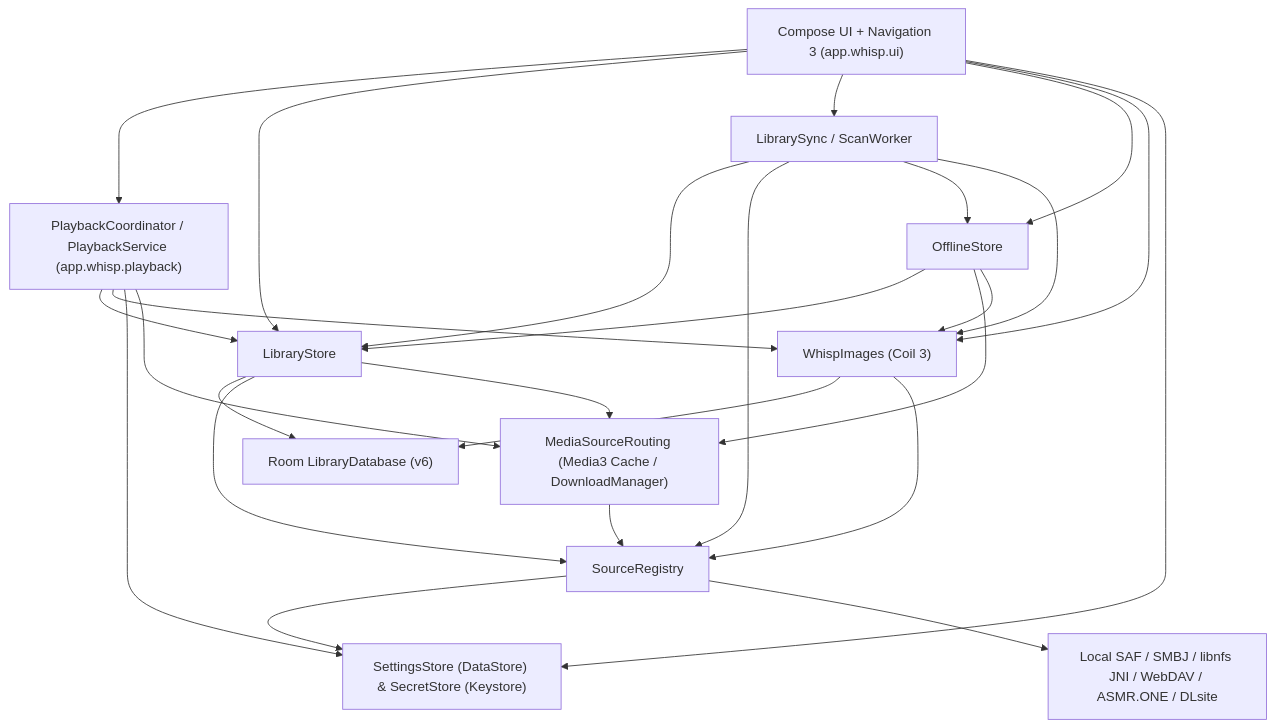
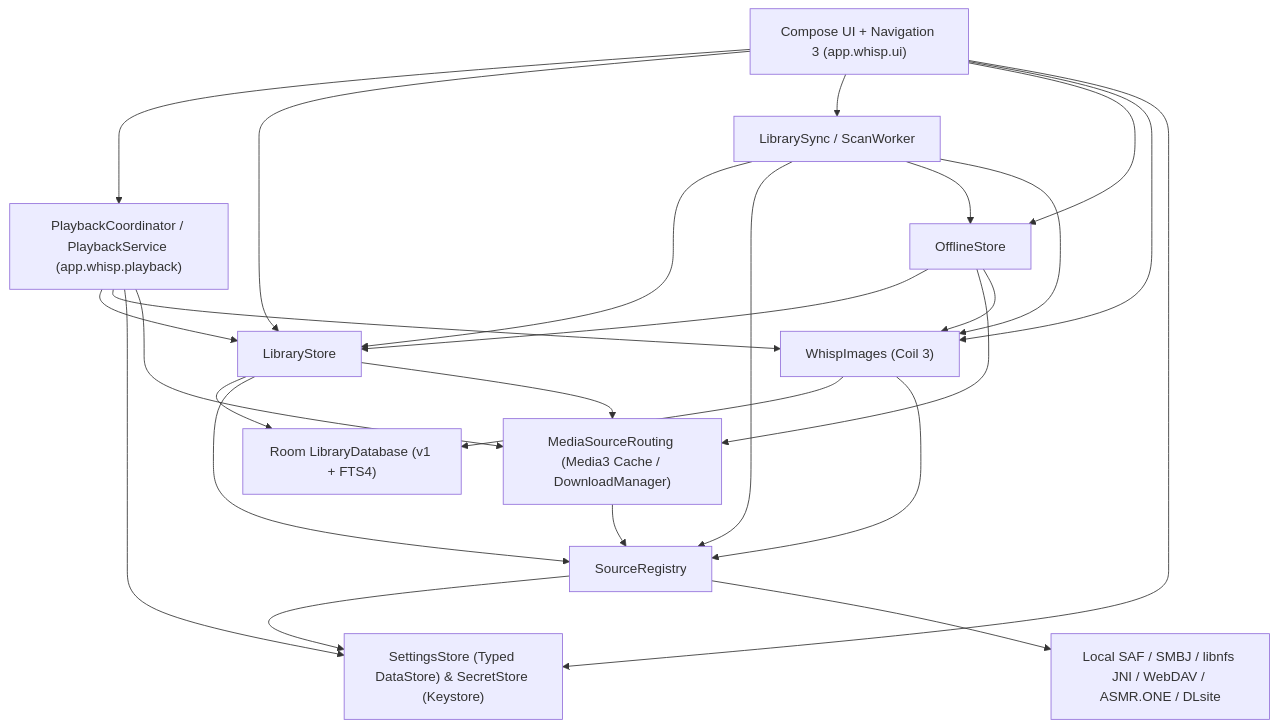
The diagram in docs/ARCHITECTURE.md (iMMIQ/whisp), drawn with Mermaid before and after one commit. The commit also changed other lines of this file and 56 other files, not shown here.

Commit message:
Optimize storage, Room FTS4, native NFS JNI, DSP, icons, and packaging

````diff
--- a/docs/ARCHITECTURE.md
+++ b/docs/ARCHITECTURE.md
@@ -11,40 +11,40 @@
 ```mermaid
 flowchart TD
     UI["Compose UI + Navigation 3 (app.whisp.ui)"]
     PB["PlaybackCoordinator / PlaybackService (app.whisp.playback)"]
     SYNC["LibrarySync / ScanWorker"]
     LIB["LibraryStore"]
     OFF["OfflineStore"]
     IMG["WhispImages (Coil 3)"]
     ROUTE["MediaSourceRouting (Media3 Cache / DownloadManager)"]
     SRC["SourceRegistry"]
-    DB["Room LibraryDatabase (v6)"]
-    SET["SettingsStore (DataStore) & SecretStore (Keystore)"]
+    DB["Room LibraryDatabase (v1 + FTS4)"]
+    SET["SettingsStore (Typed DataStore) & SecretStore (Keystore)"]
     PROTO["Local SAF / SMBJ / libnfs JNI / WebDAV / ASMR.ONE / DLsite"]
 
     UI --> PB
     UI --> LIB
     UI --> SYNC
     UI --> OFF
     UI --> IMG
     UI --> SET
     PB --> LIB
     PB --> IMG
     PB --> SET
     PB --> ROUTE
     SYNC --> LIB
     SYNC --> SRC
     SYNC --> OFF
     SYNC --> IMG
     OFF --> LIB
     OFF --> ROUTE
     OFF --> IMG
     LIB --> DB
     LIB --> SRC
     LIB --> ROUTE
     IMG --> DB
     IMG --> SRC
     ROUTE --> SRC
     SRC --> SET
     SRC --> PROTO
 ```
````
